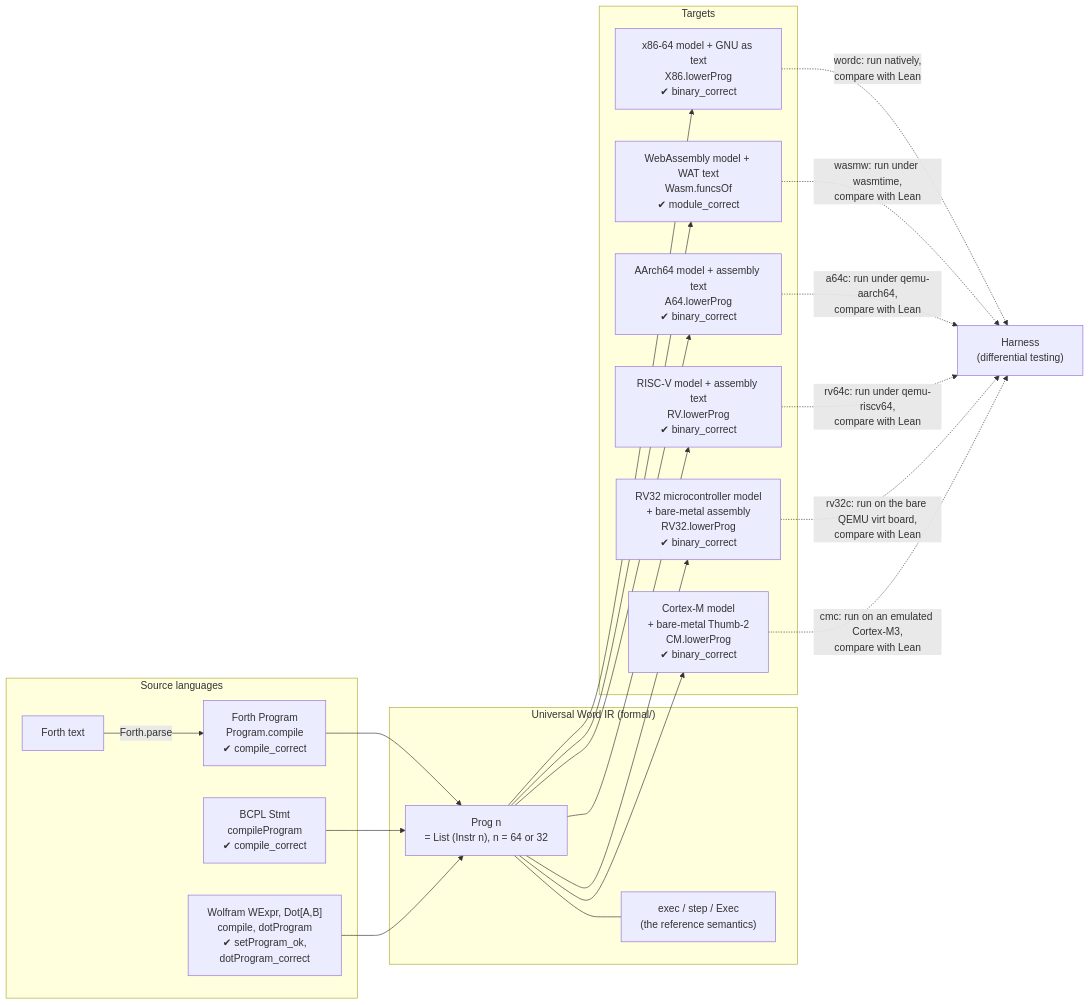
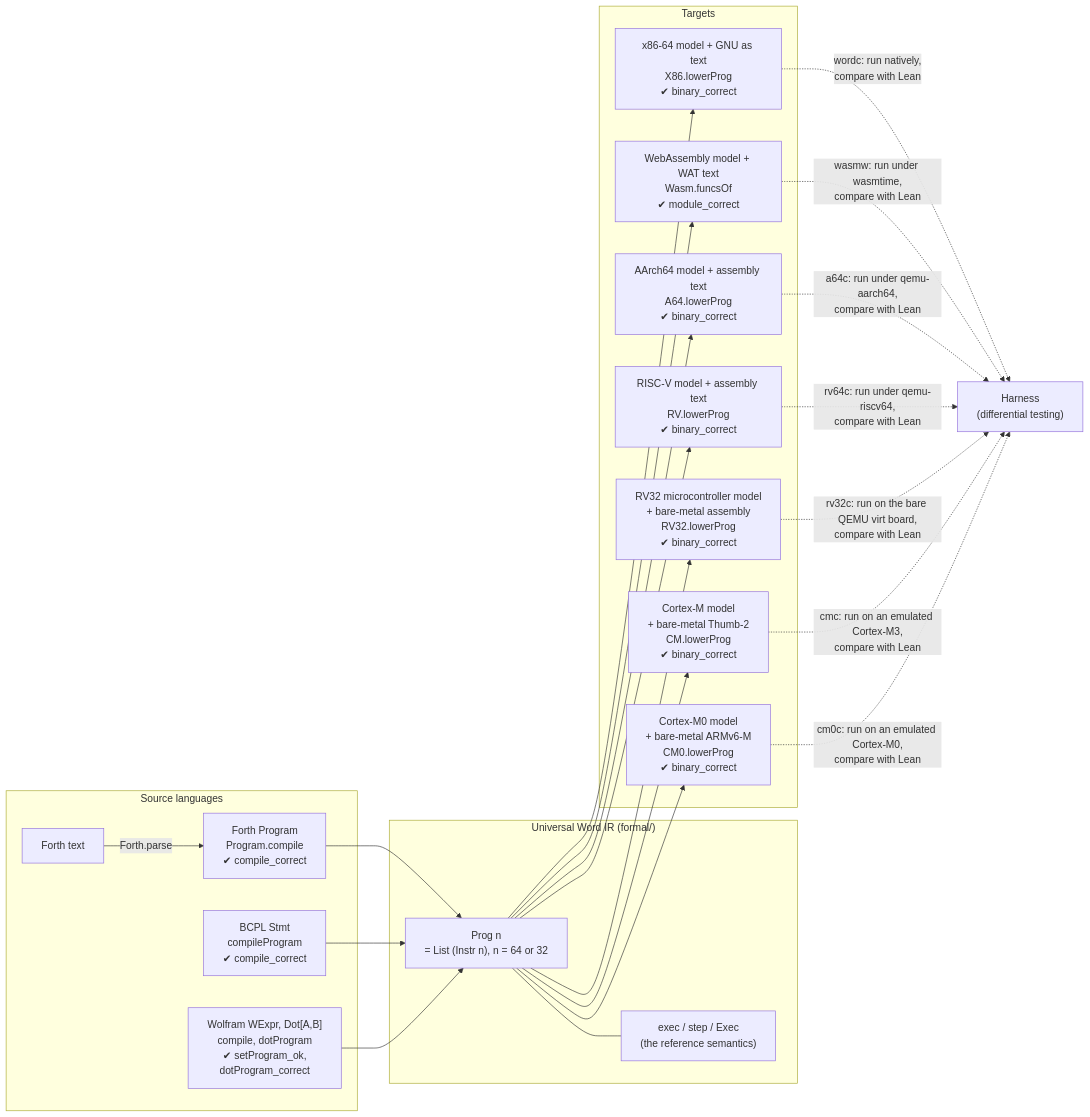
Before and after one commit to SNAPKITTYAGENT9NOVA/ai-free: the first of 17 diagrams in README.md, drawn with Mermaid. The commit also changed other lines of this file and 29 other files, not shown here.

First line of the commit message:
Cortex-M0 profile: ARMv6-M at 32-bit words, division by a proved loop

````diff
--- a/README.md
+++ b/README.md
@@ -70,38 +72,41 @@
 ```mermaid
 flowchart LR
   subgraph Sources["Source languages"]
     F["Forth text"]
     FB["Forth Program<br/>Program.compile<br/>✔ compile_correct"]
     B["BCPL Stmt<br/>compileProgram<br/>✔ compile_correct"]
     W["Wolfram WExpr, Dot[A,B]<br/>compile, dotProgram<br/>✔ setProgram_ok,<br/>dotProgram_correct"]
   end
   subgraph IR["Universal Word IR (formal/)"]
     P["Prog n<br/>= List (Instr n), n = 64 or 32"]
     S["exec / step / Exec<br/>(the reference semantics)"]
   end
   subgraph Targets["Targets"]
     X["x86-64 model + GNU as text<br/>X86.lowerProg<br/>✔ binary_correct"]
     WA["WebAssembly model + WAT text<br/>Wasm.funcsOf<br/>✔ module_correct"]
     AR["AArch64 model + assembly text<br/>A64.lowerProg<br/>✔ binary_correct"]
     RVN["RISC-V model + assembly text<br/>RV.lowerProg<br/>✔ binary_correct"]
     MCU["RV32 microcontroller model<br/>+ bare-metal assembly<br/>RV32.lowerProg<br/>✔ binary_correct"]
     CMX["Cortex-M model<br/>+ bare-metal Thumb-2<br/>CM.lowerProg<br/>✔ binary_correct"]
+    CM0X["Cortex-M0 model<br/>+ bare-metal ARMv6-M<br/>CM0.lowerProg<br/>✔ binary_correct"]
   end
   F -->|"Forth.parse"| FB
   FB --> P
   B --> P
   W --> P
   P --- S
   P --> X
   P --> WA
   P --> AR
   P --> RVN
   P --> MCU
   P --> CMX
+  P --> CM0X
   X -.->|"wordc: run natively,<br/>compare with Lean"| H["Harness<br/>(differential testing)"]
   WA -.->|"wasmw: run under wasmtime,<br/>compare with Lean"| H
   AR -.->|"a64c: run under qemu-aarch64,<br/>compare with Lean"| H
   RVN -.->|"rv64c: run under qemu-riscv64,<br/>compare with Lean"| H
   MCU -.->|"rv32c: run on the bare QEMU virt board,<br/>compare with Lean"| H
   CMX -.->|"cmc: run on an emulated Cortex-M3,<br/>compare with Lean"| H
+  CM0X -.->|"cm0c: run on an emulated Cortex-M0,<br/>compare with Lean"| H
 ```
````
